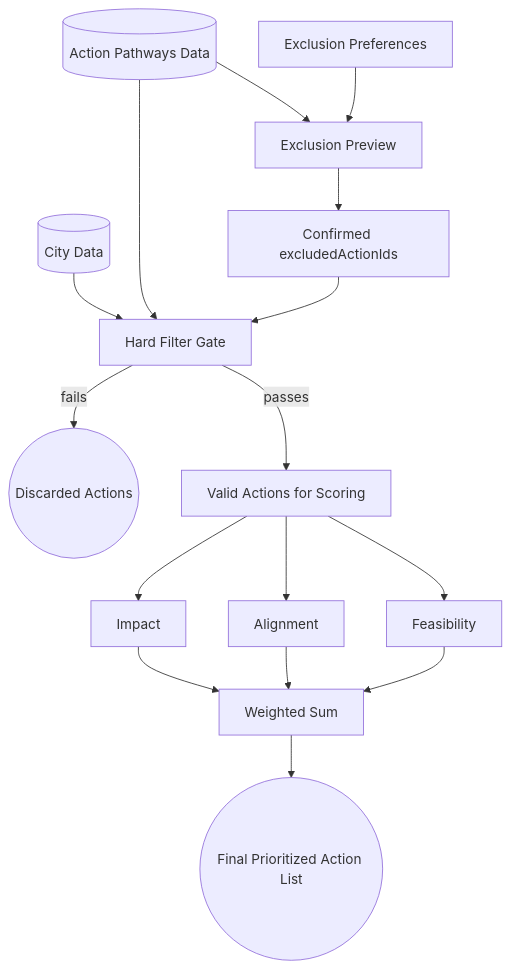
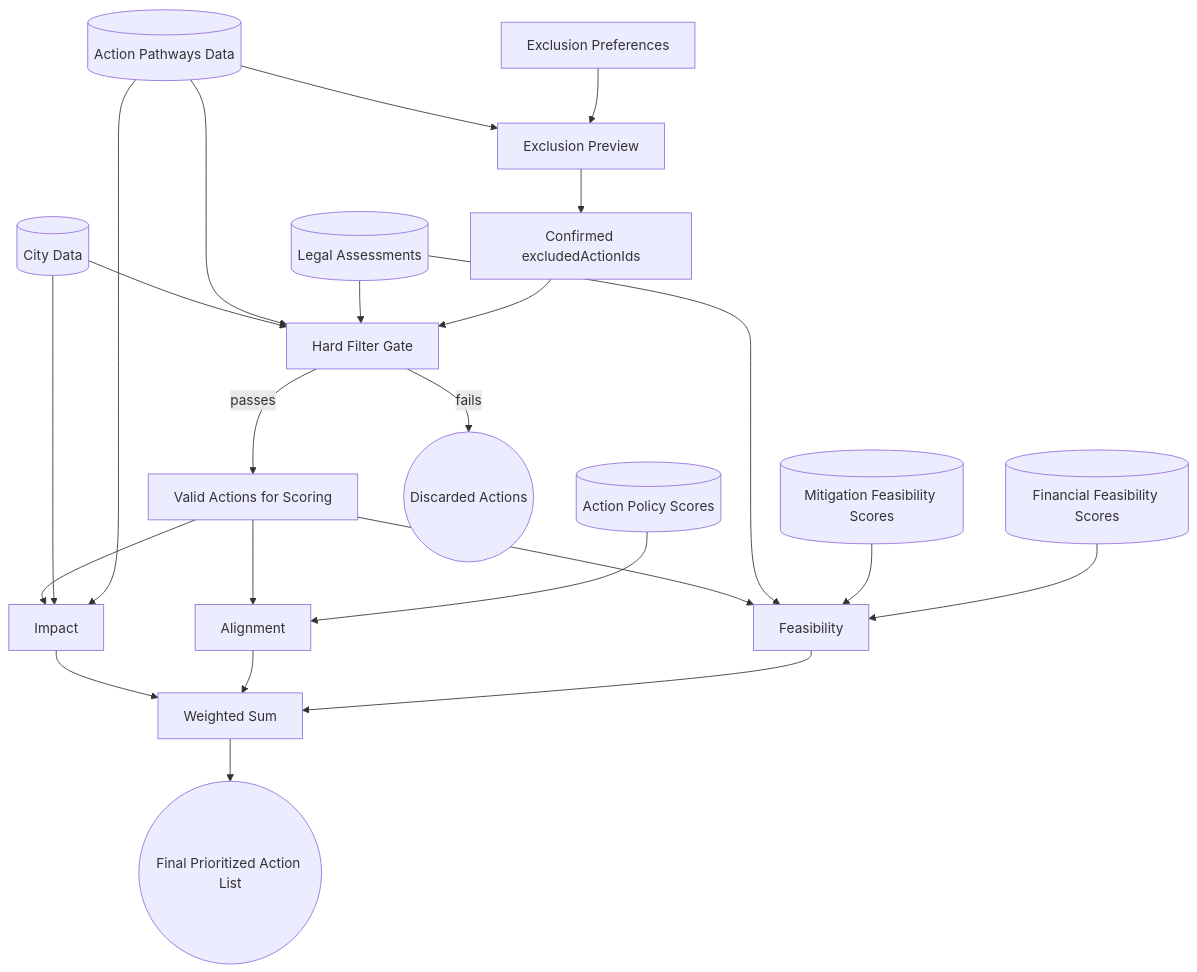
The diagram in hiap-meed/docs/highlevel-architecture.md (Open-Earth-Foundation/CityCatalyst), drawn with Mermaid before and after one commit. The commit also changed 24 other files, not shown here.

````diff
--- a/hiap-meed/docs/highlevel-architecture.md
+++ b/hiap-meed/docs/highlevel-architecture.md
@@ -7,39 +7,51 @@
 ```mermaid
 graph TD
   CityData[(City Data)]
   ActionPathways[(Action Pathways Data)]
+  LegalData[(Legal Assessments)]
+  PolicyScores[(Action Policy Scores)]
+  MitigationFeasibility[(Mitigation Feasibility Scores)]
+  FinancialFeasibility[(Financial Feasibility Scores)]
 
   ExclusionPrefs[Exclusion Preferences]
   Preview[Exclusion Preview]
   Confirmed[Confirmed excludedActionIds]
   HardFilter[Hard Filter Gate]
   Discard((Discarded Actions))
   Valid[Valid Actions for Scoring]
 
   Impact[Impact]
   Alignment[Alignment]
   Feasibility[Feasibility]
 
   WeightedSum[Weighted Sum]
   FinalList((Final Prioritized Action List))
 
   ActionPathways --> Preview
   ExclusionPrefs --> Preview
   Preview --> Confirmed
   CityData --> HardFilter
   ActionPathways --> HardFilter
+  LegalData --> HardFilter
   Confirmed --> HardFilter
 
   HardFilter -- fails --> Discard
   HardFilter -- passes --> Valid
 
   Valid --> Impact
   Valid --> Alignment
   Valid --> Feasibility
 
+  CityData --> Impact
+  ActionPathways --> Impact
+  PolicyScores --> Alignment
+  LegalData --> Feasibility
+  MitigationFeasibility --> Feasibility
+  FinancialFeasibility --> Feasibility
+
   Impact --> WeightedSum
   Alignment --> WeightedSum
   Feasibility --> WeightedSum
 
   WeightedSum --> FinalList
 ```
````
